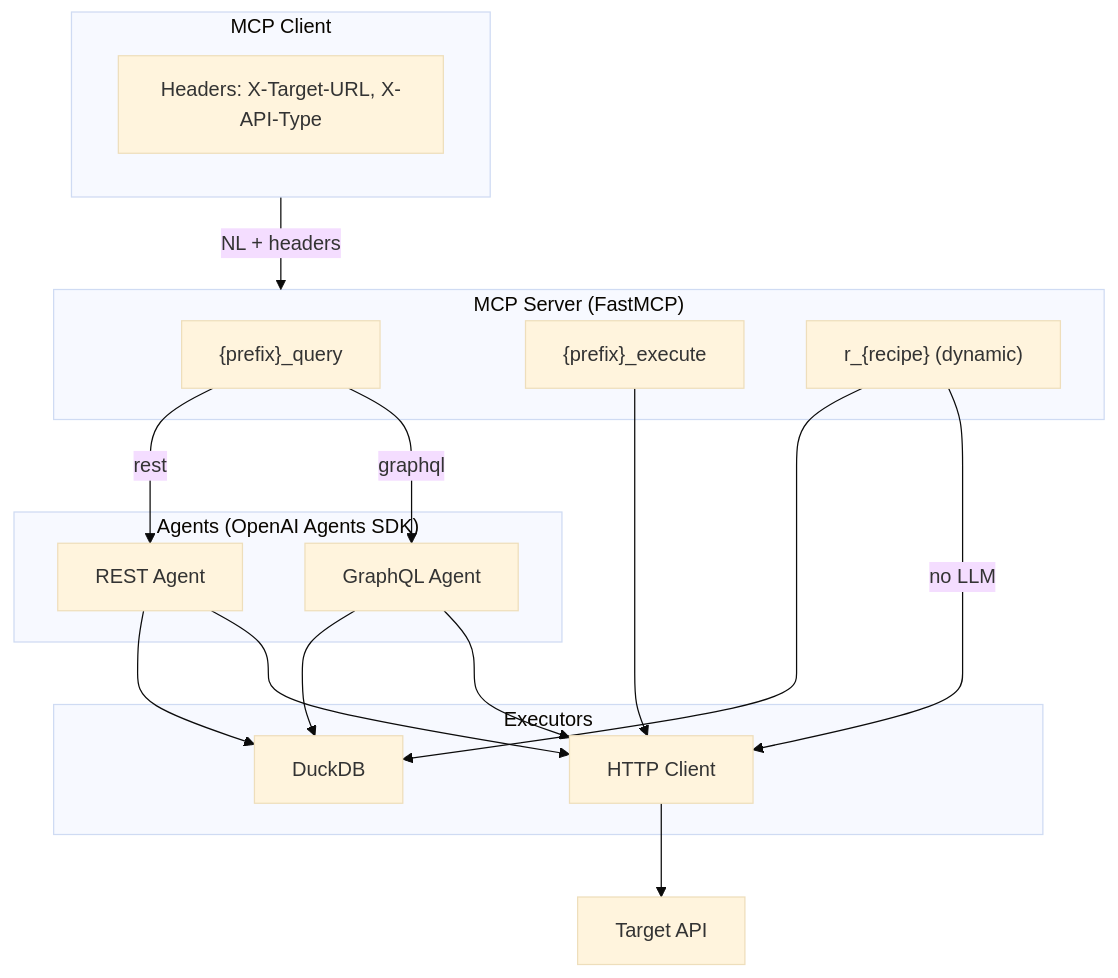
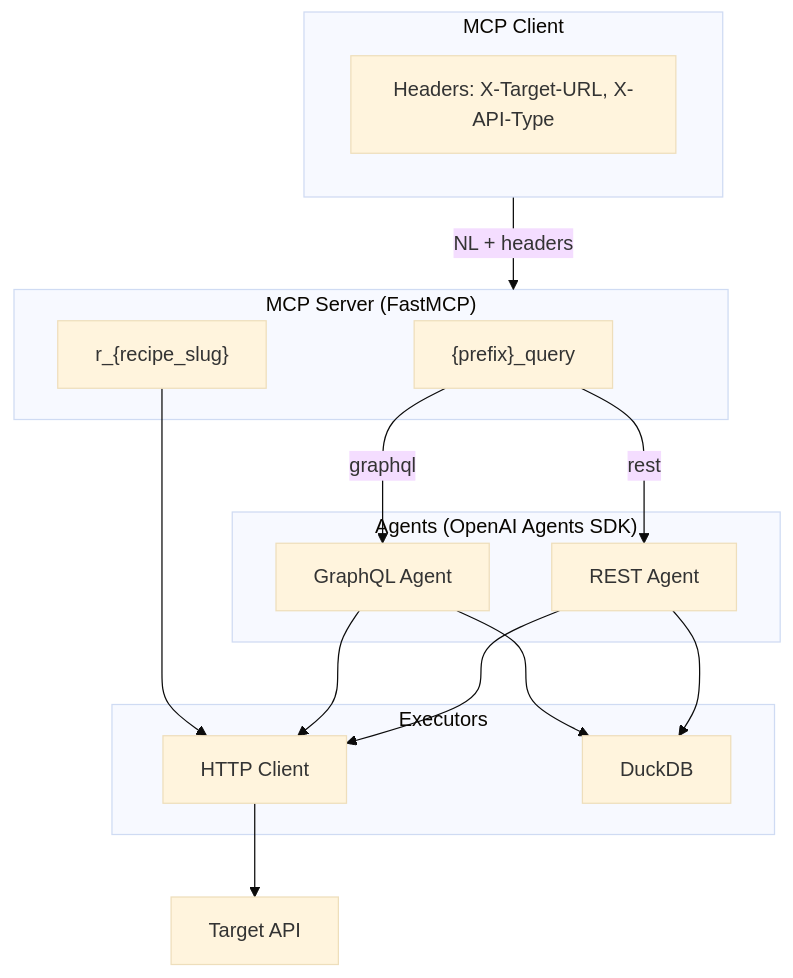
One commit to agoda-com/api-agent changed the second of 3 diagrams in README.md. Above: the diagram before and after it, drawn with Mermaid (base theme). The commit also changed other lines of this file and 78 other files, not shown here.

````diff
--- a/README.md
+++ b/README.md
@@ -206,34 +236,31 @@
 ```mermaid
 flowchart TB
     subgraph Client["MCP Client"]
         H["Headers: X-Target-URL, X-API-Type"]
     end
 
     subgraph MCP["MCP Server (FastMCP)"]
         Q["{prefix}_query"]
-        E["{prefix}_execute"]
-        R["r_{recipe} (dynamic)"]
+        R["r_{recipe_slug}"]
     end
 
     subgraph Agent["Agents (OpenAI Agents SDK)"]
         GA["GraphQL Agent"]
         RA["REST Agent"]
     end
 
     subgraph Exec["Executors"]
         HTTP["HTTP Client"]
         Duck["DuckDB"]
     end
 
     Client -->|NL + headers| MCP
     Q -->|graphql| GA
     Q -->|rest| RA
-    E --> HTTP
-    R -->|"no LLM"| HTTP
-    R --> Duck
+    R --> HTTP
     GA --> HTTP
     RA --> HTTP
     GA --> Duck
     RA --> Duck
     HTTP --> API[Target API]
 ```
````
